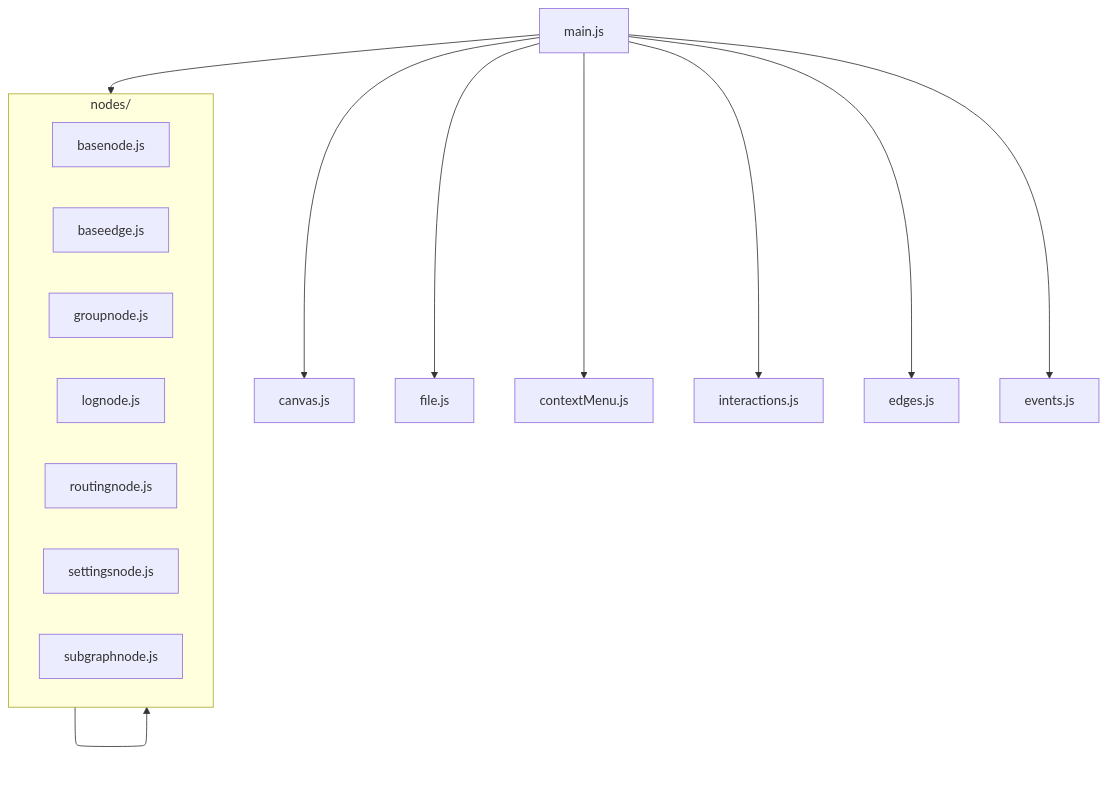
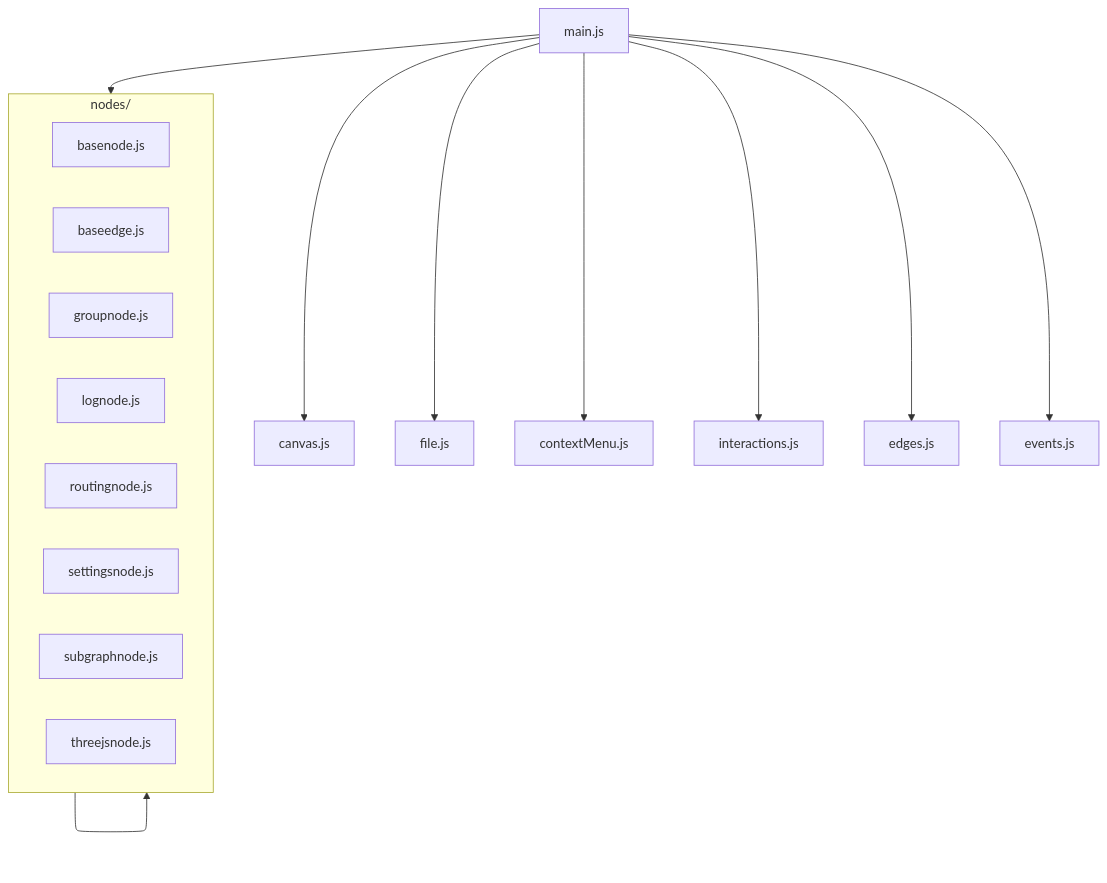
The diagram in memory-bank/techContext.md (DangerDrome/NodeUI), drawn with Mermaid before and after one commit. The commit also changed other lines of this file and 13 other files, not shown here.

````diff
--- a/memory-bank/techContext.md
+++ b/memory-bank/techContext.md
@@ -59,22 +64,23 @@
 ```mermaid
 flowchart TD
     main[main.js] --> canvas[canvas.js]
     main --> file[file.js]
     main --> contextmenu[contextMenu.js]
     main --> nodes[nodes.js]
     main --> interactions[interactions.js]
     main --> edges[edges.js]
     main --> events[events.js]
     
     subgraph nodes[nodes/]
         basenode[basenode.js]
         baseedge[baseedge.js]
         groupnode[groupnode.js]
         lognode[lognode.js]
         routingnode[routingnode.js]
         settingsnode[settingsnode.js]
         subgraphnode[subgraphnode.js]
+        threejsnode[threejsnode.js]
     end
     
     nodes --> nodes
 ```
````
